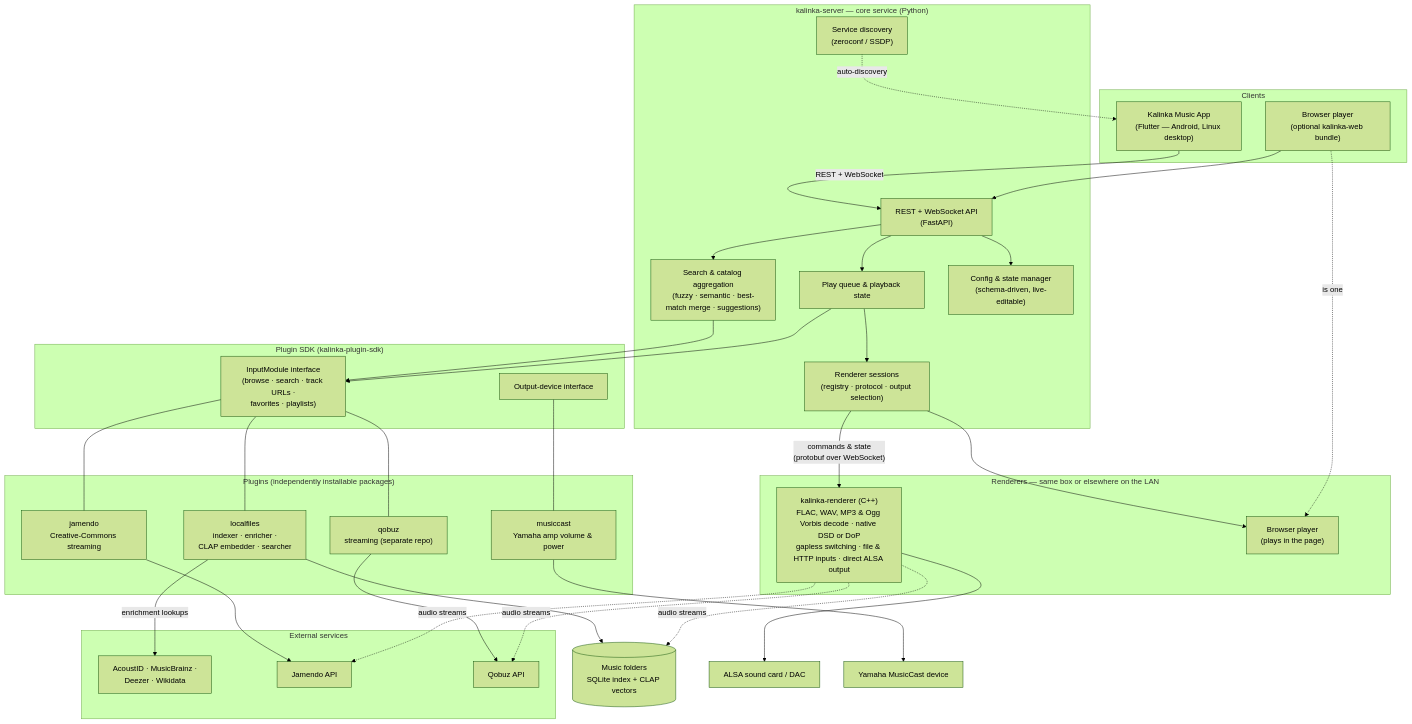
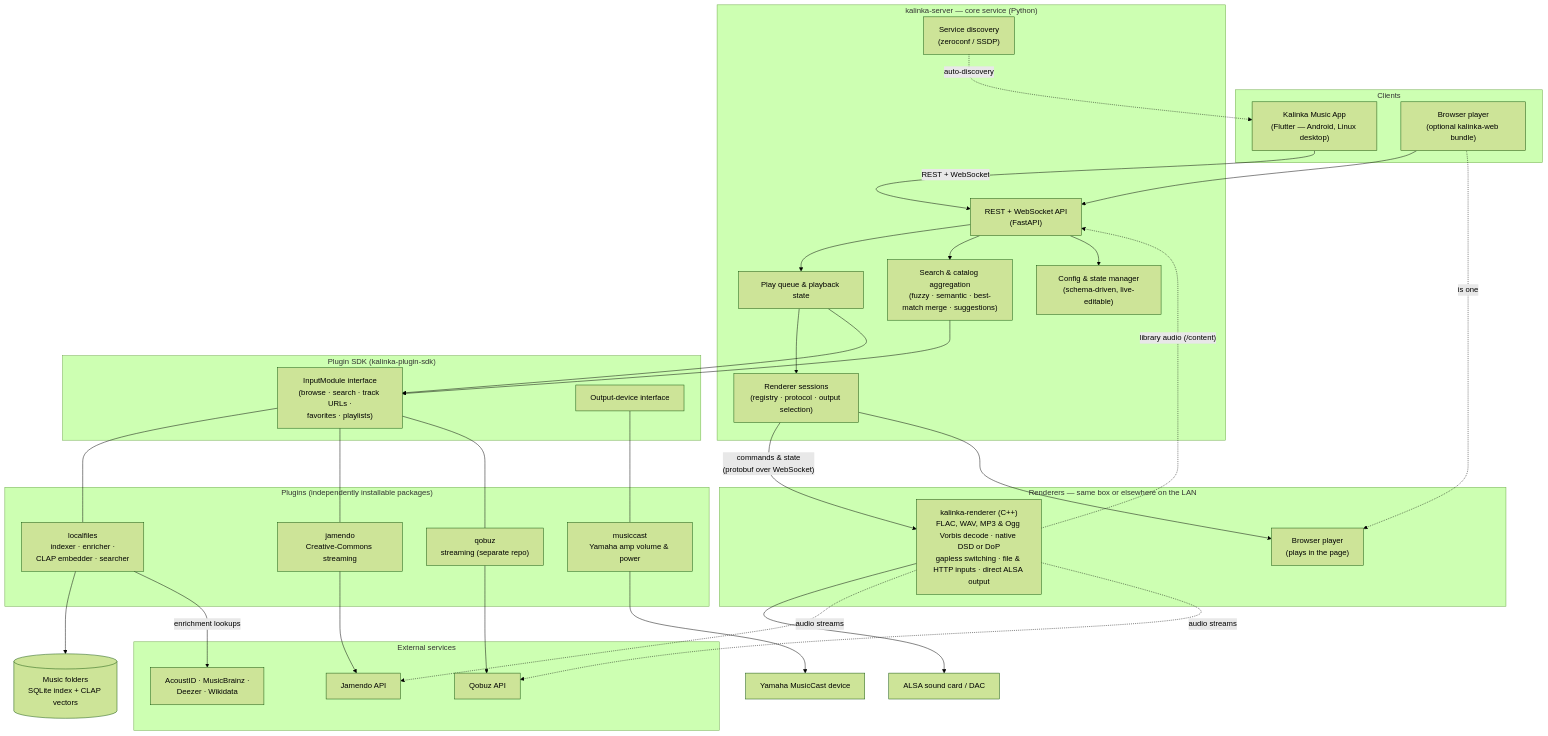
The diagram in docs/what-is-kalinka.md (Kalinka-Player/KalinkaPlayer), drawn with Mermaid (forest theme) before and after one commit. The commit also changed other lines of this file and 2 other files, not shown here.

````diff
--- a/docs/what-is-kalinka.md
+++ b/docs/what-is-kalinka.md
@@ -52,72 +52,72 @@
 ```mermaid
 flowchart TD
     subgraph CLIENTS["Clients"]
         APP["Kalinka Music App<br/>(Flutter — Android, Linux desktop)"]
         WEB["Browser player<br/>(optional kalinka-web bundle)"]
     end
 
     subgraph CORE["kalinka-server — core service (Python)"]
         API["REST + WebSocket API<br/>(FastAPI)"]
         DISC["Service discovery<br/>(zeroconf / SSDP)"]
         QUEUE["Play queue &amp; playback state"]
         SEARCH["Search &amp; catalog aggregation<br/>(fuzzy · semantic · best-match merge · suggestions)"]
         CONF["Config &amp; state manager<br/>(schema-driven, live-editable)"]
         RSESS["Renderer sessions<br/>(registry · protocol · output selection)"]
     end
 
     subgraph RENDERERS["Renderers — same box or elsewhere on the LAN"]
         NATIVE["kalinka-renderer (C++)<br/>FLAC, WAV, MP3 &amp; Ogg Vorbis decode · native DSD or DoP<br/>gapless switching · file &amp; HTTP inputs · direct ALSA output"]
         BROWSER["Browser player<br/>(plays in the page)"]
     end
 
     subgraph SDK["Plugin SDK (kalinka-plugin-sdk)"]
         IM["InputModule interface<br/>(browse · search · track URLs ·<br/>favorites · playlists)"]
         OD["Output-device interface"]
     end
 
     subgraph PLUGINS["Plugins (independently installable packages)"]
         LF["localfiles<br/>indexer · enricher ·<br/>CLAP embedder · searcher"]
         JAM["jamendo<br/>Creative-Commons streaming"]
         QOB["qobuz<br/>streaming (separate repo)"]
         MC["musiccast<br/>Yamaha amp volume &amp; power"]
     end
 
     subgraph EXT["External services"]
         META["AcoustID · MusicBrainz ·<br/>Deezer · Wikidata"]
         JAPI["Jamendo API"]
         QAPI["Qobuz API"]
     end
 
     FILES[("Music folders<br/>SQLite index + CLAP vectors")]
     DAC["ALSA sound card / DAC"]
     AMP["Yamaha MusicCast device"]
 
     APP -->|"REST + WebSocket"| API
     WEB --> API
     DISC -.->|"auto-discovery"| APP
 
     API --> QUEUE
     API --> SEARCH
     API --> CONF
     QUEUE --> RSESS
     RSESS -->|"commands &amp; state<br/>(protobuf over WebSocket)"| NATIVE
     RSESS --> BROWSER
     WEB -.->|"is one"| BROWSER
     NATIVE --> DAC
 
     SEARCH --> IM
     QUEUE --> IM
     IM --- LF
     IM --- JAM
     IM --- QOB
     OD --- MC
 
     LF --> FILES
     LF -->|"enrichment lookups"| META
     JAM --> JAPI
     QOB --> QAPI
-    NATIVE -.->|"audio streams"| FILES
+    NATIVE -.->|"library audio (/content)"| API
     NATIVE -.->|"audio streams"| JAPI
     NATIVE -.->|"audio streams"| QAPI
     MC --> AMP
 ```
````
